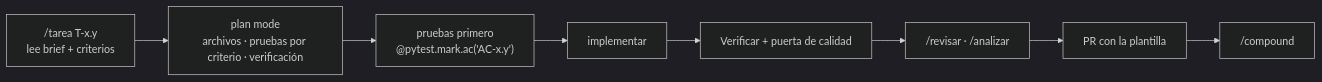
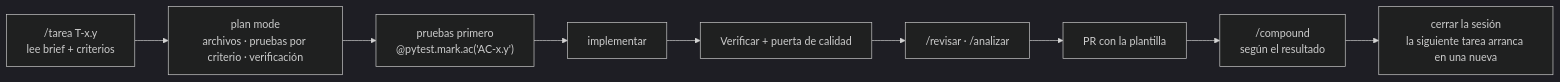
The first of 3 diagrams in docs/plan/07_Spec_Driven.md (KlvinLopez/carta), drawn with Mermaid (dark theme) before and after one commit. The commit also changed other lines of this file and 12 other files, not shown here.

First line of the commit message:
docs: cierre obligatorio con /compound según el resultado; ADR-015 aceptado

````diff
--- a/docs/plan/07_Spec_Driven.md
+++ b/docs/plan/07_Spec_Driven.md
@@ -35,10 +35,11 @@
 ```mermaid
 flowchart LR
   A["/tarea T-x.y<br/>lee brief + criterios"] --> B["plan mode<br/>archivos · pruebas por criterio · verificación"]
   B --> C["pruebas primero<br/>@pytest.mark.ac('AC-x.y')"]
   C --> D["implementar"]
   D --> E["Verificar + puerta de calidad"]
   E --> F["/revisar · /analizar"]
   F --> G["PR con la plantilla"]
-  G --> H["/compound"]
+  G --> H["/compound<br/>según el resultado"]
+  H --> I["cerrar la sesión<br/>la siguiente tarea arranca en una nueva"]
 ```
````
